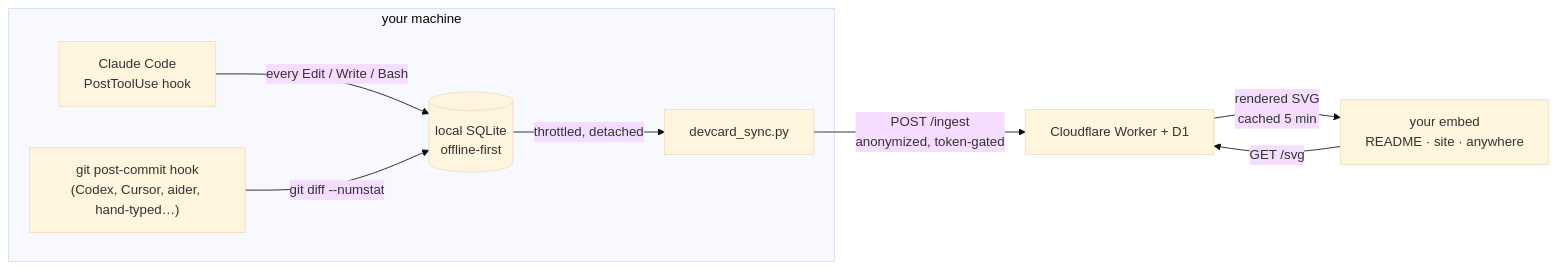
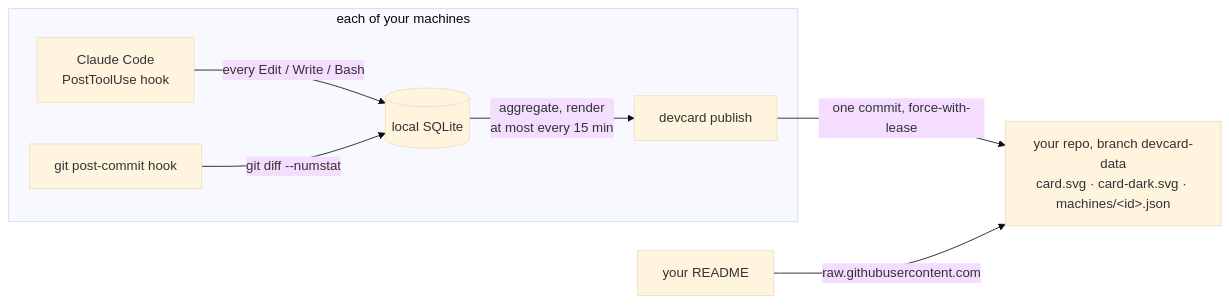
One commit to augbastos/devcard changed the diagram in README.md. Above: the diagram before and after it, drawn with Mermaid (base theme). The commit also changed other lines of this file and 96 other files, not shown here.

First line of the commit message:
M1: serverless devcard — render locally, publish to an orphan branch, pipx install (#13)

````diff
--- a/README.md
+++ b/README.md
@@ -106,11 +93,10 @@
 ```mermaid
 flowchart LR
-    subgraph M["your machine"]
-        CC["Claude Code<br/>PostToolUse hook"] -->|"every Edit / Write / Bash"| DB[("local SQLite<br/>offline-first")]
-        GT["git post-commit hook<br/>(Codex, Cursor, aider, hand-typed…)"] -->|"git diff --numstat"| DB
-        DB -->|"throttled, detached"| SY["devcard_sync.py"]
+    subgraph M["each of your machines"]
+        CC["Claude Code<br/>PostToolUse hook"] -->|"every Edit / Write / Bash"| DB[("local SQLite")]
+        GT["git post-commit hook"] -->|"git diff --numstat"| DB
+        DB -->|"aggregate, render<br/>at most every 15 min"| P["devcard publish"]
     end
-    SY -->|"POST /ingest<br/>anonymized, token-gated"| W["Cloudflare Worker + D1"]
-    E["your embed<br/>README · site · anywhere"] -->|"GET /svg"| W
-    W -->|"rendered SVG<br/>cached 5 min"| E
+    P -->|"one commit, force-with-lease"| B["your repo, branch devcard-data<br/>card.svg · card-dark.svg · machines/&lt;id&gt;.json"]
+    E["your README"] -->|"raw.githubusercontent.com"| B
 ```
````
